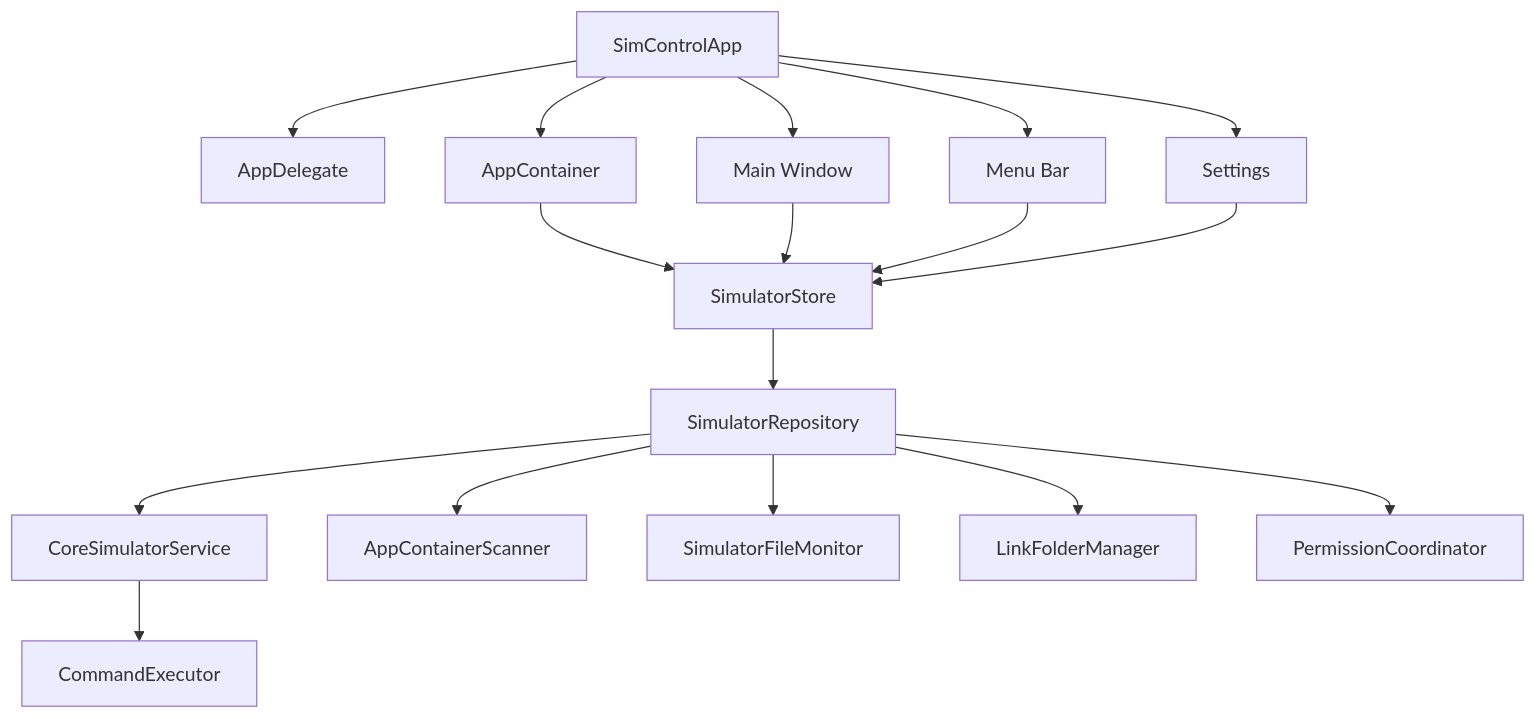
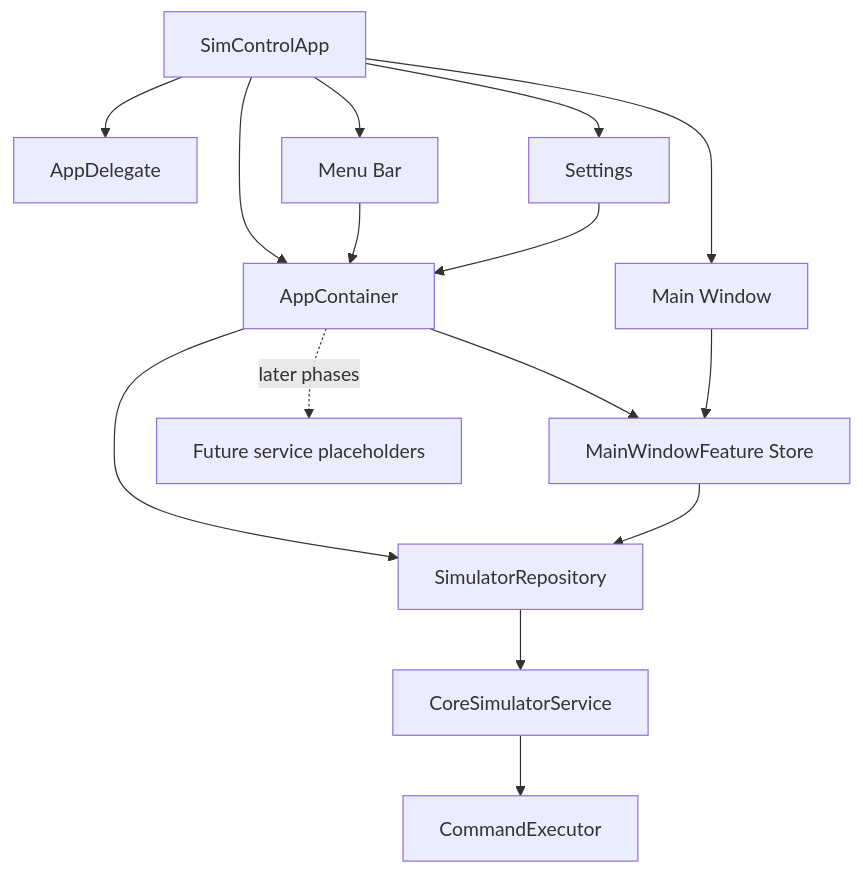
Before and after one commit to Jaesung-Jung/XcodeSimulatorManager: the diagram in Documents/ARCHITECTURE.md, drawn with Mermaid. The commit also changed other lines of this file and 57 other files, not shown here.

First line of the commit message:
Implement main window features and views with TCA

````diff
--- a/Documents/ARCHITECTURE.md
+++ b/Documents/ARCHITECTURE.md
@@ -11,34 +11,29 @@
 ```mermaid
 flowchart TB
     App["SimControlApp"]
     Delegate["AppDelegate"]
     Container["AppContainer"]
-    Store["SimulatorStore"]
+    Store["MainWindowFeature Store"]
     Repository["SimulatorRepository"]
     Command["CommandExecutor"]
     Service["CoreSimulatorService"]
-    Scanner["AppContainerScanner"]
-    Monitor["SimulatorFileMonitor"]
-    Links["LinkFolderManager"]
-    Permissions["PermissionCoordinator"]
     Window["Main Window"]
     Menu["Menu Bar"]
     Settings["Settings"]
+    Future["Future service placeholders"]
 
     App --> Delegate
     App --> Container
     App --> Window
     App --> Menu
     App --> Settings
     Container --> Store
+    Container --> Repository
     Store --> Repository
     Repository --> Service
-    Repository --> Scanner
-    Repository --> Monitor
-    Repository --> Links
-    Repository --> Permissions
     Service --> Command
     Window --> Store
-    Menu --> Store
-    Settings --> Store
+    Menu --> Container
+    Settings --> Container
+    Container -. later phases .-> Future
 ```
````
